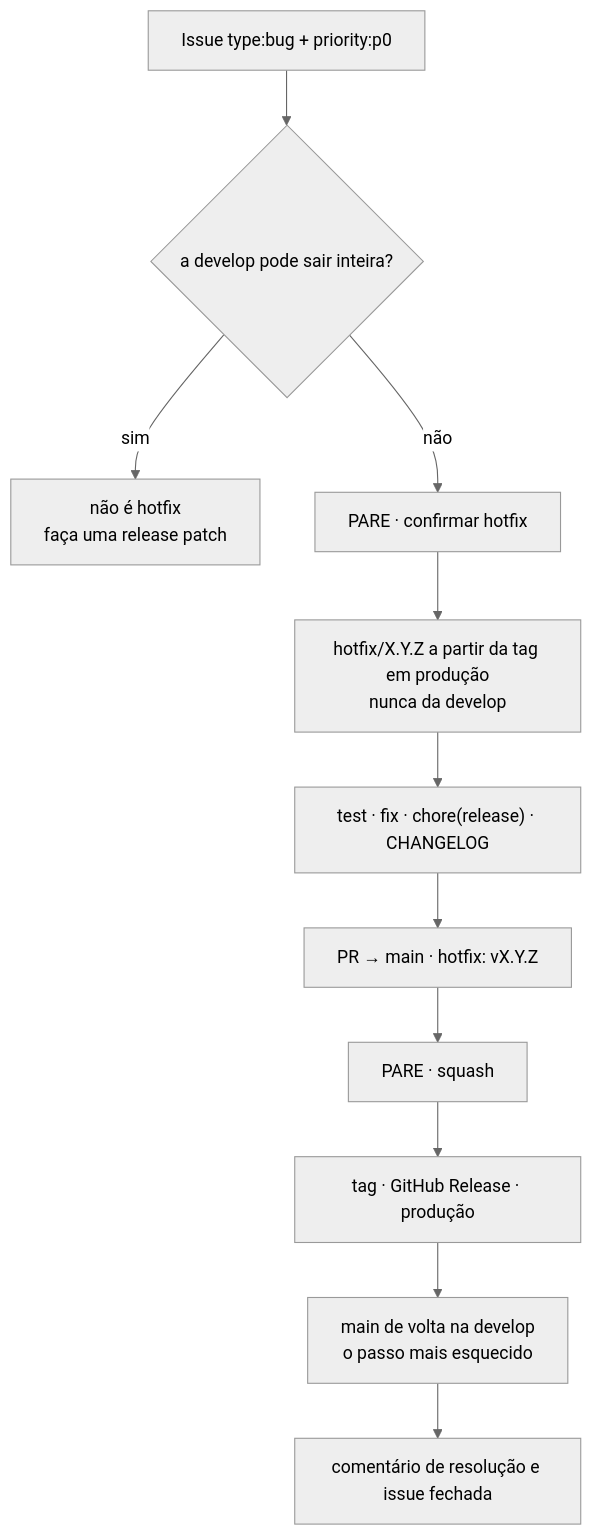
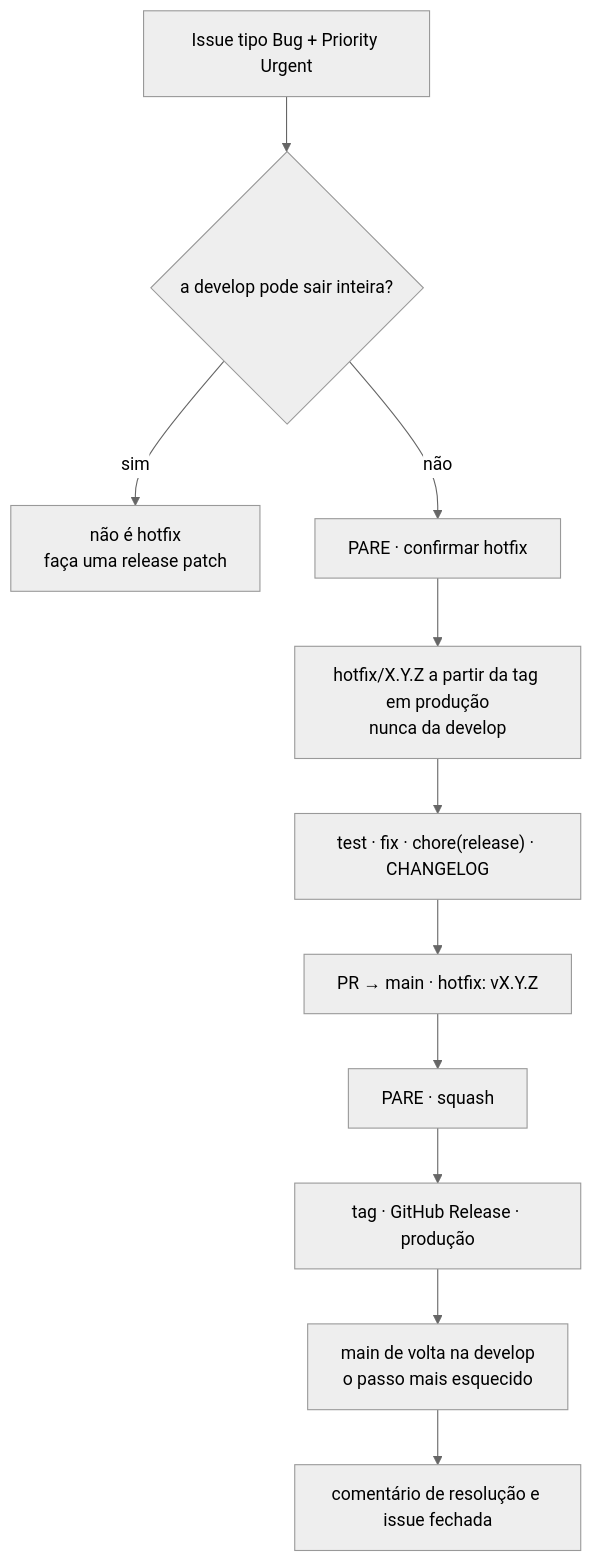
One commit to diego-castilho/dev-standards changed the eighth of 12 diagrams in docs/REGRAS.md. Above: the diagram before and after it, drawn with Mermaid (neutral theme). The commit also changed other lines of this file and 4 other files, not shown here.

First line of the commit message:
docs(docs): make issue types and the Priority field the standard

````diff
--- a/docs/REGRAS.md
+++ b/docs/REGRAS.md
@@ -261,13 +261,13 @@
 ```mermaid
 flowchart TD
-  A["Issue type:bug + priority:p0"] --> B{"a develop pode sair inteira?"}
+  A["Issue tipo Bug + Priority Urgent"] --> B{"a develop pode sair inteira?"}
   B -- sim --> R["não é hotfix<br/>faça uma release patch"]
   B -- não --> P["PARE · confirmar hotfix"]
   P --> C["hotfix/X.Y.Z a partir da tag em produção<br/>nunca da develop"]
   C --> D["test · fix · chore(release) · CHANGELOG"]
   D --> E["PR → main · hotfix: vX.Y.Z"]
   E --> F["PARE · squash"]
   F --> G["tag · GitHub Release · produção"]
   G --> H["main de volta na develop<br/>o passo mais esquecido"]
   H --> I["comentário de resolução e issue fechada"]
 ```
````
